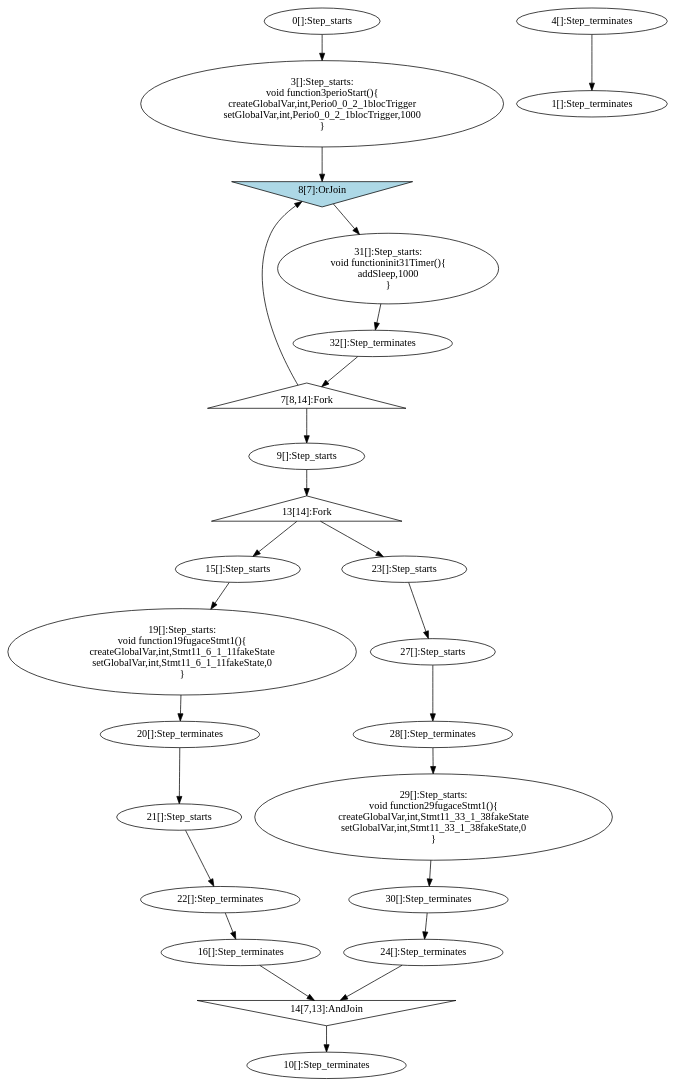
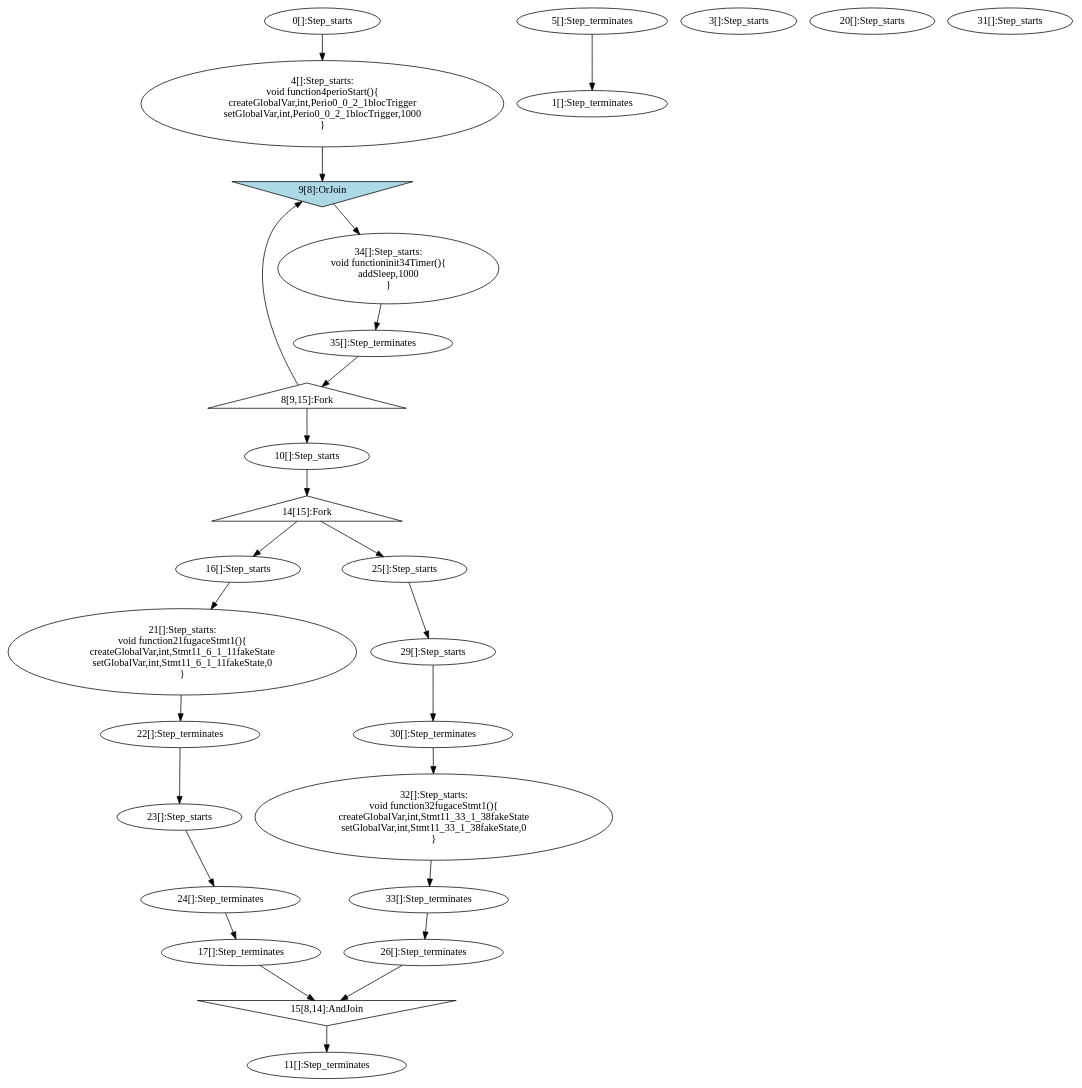
One commit to jdeantoni/TCOS.lang changed the diagram in examples/programs/generated/test1.dot. Above: the diagram before and after it, drawn with Graphviz. The commit also changed 48 other files, not shown here.

```diff
--- a/examples/programs/generated/test1.dot
+++ b/examples/programs/generated/test1.dot
@@ -1,65 +1,68 @@
 digraph G {
   "0" [label="0[]:Step_starts" shape="ellipse" ];
   "1" [label="1[]:Step_terminates" shape="ellipse" ];
-  "3" [label="3[]:Step_starts:
-void function3perioStart(){
+  "3" [label="3[]:Step_starts" shape="ellipse" ];
+  "4" [label="4[]:Step_starts:
+void function4perioStart(){
 createGlobalVar,int,Perio0_0_2_1blocTrigger
 setGlobalVar,int,Perio0_0_2_1blocTrigger,1000
 }" shape="ellipse" ];
-  "4" [label="4[]:Step_terminates" shape="ellipse" ];
-  "7" [label="7[8,14]:Fork" shape="triangle" ];
-  "8" [label="8[7]:OrJoin" shape="invtriangle" style="filled" fillcolor="lightblue"];
-  "31" [label="31[]:Step_starts:
-void functioninit31Timer(){
+  "5" [label="5[]:Step_terminates" shape="ellipse" ];
+  "8" [label="8[9,15]:Fork" shape="triangle" ];
+  "9" [label="9[8]:OrJoin" shape="invtriangle" style="filled" fillcolor="lightblue"];
+  "34" [label="34[]:Step_starts:
+void functioninit34Timer(){
 addSleep,1000
 }" shape="ellipse" ];
-  "32" [label="32[]:Step_terminates" shape="ellipse" ];
-  "9" [label="9[]:Step_starts" shape="ellipse" ];
-  "10" [label="10[]:Step_terminates" shape="ellipse" ];
-  "13" [label="13[14]:Fork" shape="triangle" ];
-  "14" [label="14[7,13]:AndJoin" shape="invtriangle" ];
-  "15" [label="15[]:Step_starts" shape="ellipse" ];
-  "16" [label="16[]:Step_terminates" shape="ellipse" ];
-  "23" [label="23[]:Step_starts" shape="ellipse" ];
-  "24" [label="24[]:Step_terminates" shape="ellipse" ];
-  "19" [label="19[]:Step_starts:
-void function19fugaceStmt1(){
+  "35" [label="35[]:Step_terminates" shape="ellipse" ];
+  "10" [label="10[]:Step_starts" shape="ellipse" ];
+  "11" [label="11[]:Step_terminates" shape="ellipse" ];
+  "14" [label="14[15]:Fork" shape="triangle" ];
+  "15" [label="15[8,14]:AndJoin" shape="invtriangle" ];
+  "16" [label="16[]:Step_starts" shape="ellipse" ];
+  "17" [label="17[]:Step_terminates" shape="ellipse" ];
+  "25" [label="25[]:Step_starts" shape="ellipse" ];
+  "26" [label="26[]:Step_terminates" shape="ellipse" ];
+  "20" [label="20[]:Step_starts" shape="ellipse" ];
+  "21" [label="21[]:Step_starts:
+void function21fugaceStmt1(){
 createGlobalVar,int,Stmt11_6_1_11fakeState
 setGlobalVar,int,Stmt11_6_1_11fakeState,0
 }" shape="ellipse" ];
-  "20" [label="20[]:Step_terminates" shape="ellipse" ];
-  "21" [label="21[]:Step_starts" shape="ellipse" ];
   "22" [label="22[]:Step_terminates" shape="ellipse" ];
-  "27" [label="27[]:Step_starts" shape="ellipse" ];
-  "28" [label="28[]:Step_terminates" shape="ellipse" ];
-  "29" [label="29[]:Step_starts:
-void function29fugaceStmt1(){
+  "23" [label="23[]:Step_starts" shape="ellipse" ];
+  "24" [label="24[]:Step_terminates" shape="ellipse" ];
+  "29" [label="29[]:Step_starts" shape="ellipse" ];
+  "30" [label="30[]:Step_terminates" shape="ellipse" ];
+  "31" [label="31[]:Step_starts" shape="ellipse" ];
+  "32" [label="32[]:Step_starts:
+void function32fugaceStmt1(){
 createGlobalVar,int,Stmt11_33_1_38fakeState
 setGlobalVar,int,Stmt11_33_1_38fakeState,0
 }" shape="ellipse" ];
-  "30" [label="30[]:Step_terminates" shape="ellipse" ];
-  "0" -> "3" [label=""];
-  "4" -> "1" [label=""];
-  "3" -> "8" [label=""];
-  "32" -> "7" [label=""];
-  "7" -> "9" [label=""];
-  "7" -> "8" [label=""];
-  "8" -> "31" [label=""];
-  "31" -> "32" [label=""];
-  "9" -> "13" [label=""];
-  "13" -> "15" [label=""];
-  "13" -> "23" [label=""];
-  "16" -> "14" [label=""];
-  "24" -> "14" [label=""];
-  "14" -> "10" [label=""];
-  "15" -> "19" [label=""];
-  "20" -> "21" [label=""];
-  "22" -> "16" [label=""];
-  "23" -> "27" [label=""];
-  "28" -> "29" [label=""];
-  "30" -> "24" [label=""];
-  "19" -> "20" [label=""];
+  "33" [label="33[]:Step_terminates" shape="ellipse" ];
+  "0" -> "4" [label=""];
+  "5" -> "1" [label=""];
+  "4" -> "9" [label=""];
+  "35" -> "8" [label=""];
+  "8" -> "10" [label=""];
+  "8" -> "9" [label=""];
+  "9" -> "34" [label=""];
+  "34" -> "35" [label=""];
+  "10" -> "14" [label=""];
+  "14" -> "16" [label=""];
+  "14" -> "25" [label=""];
+  "17" -> "15" [label=""];
+  "26" -> "15" [label=""];
+  "15" -> "11" [label=""];
+  "16" -> "21" [label=""];
+  "22" -> "23" [label=""];
+  "24" -> "17" [label=""];
+  "25" -> "29" [label=""];
+  "30" -> "32" [label=""];
+  "33" -> "26" [label=""];
   "21" -> "22" [label=""];
-  "27" -> "28" [label=""];
+  "23" -> "24" [label=""];
   "29" -> "30" [label=""];
+  "32" -> "33" [label=""];
 }
```
